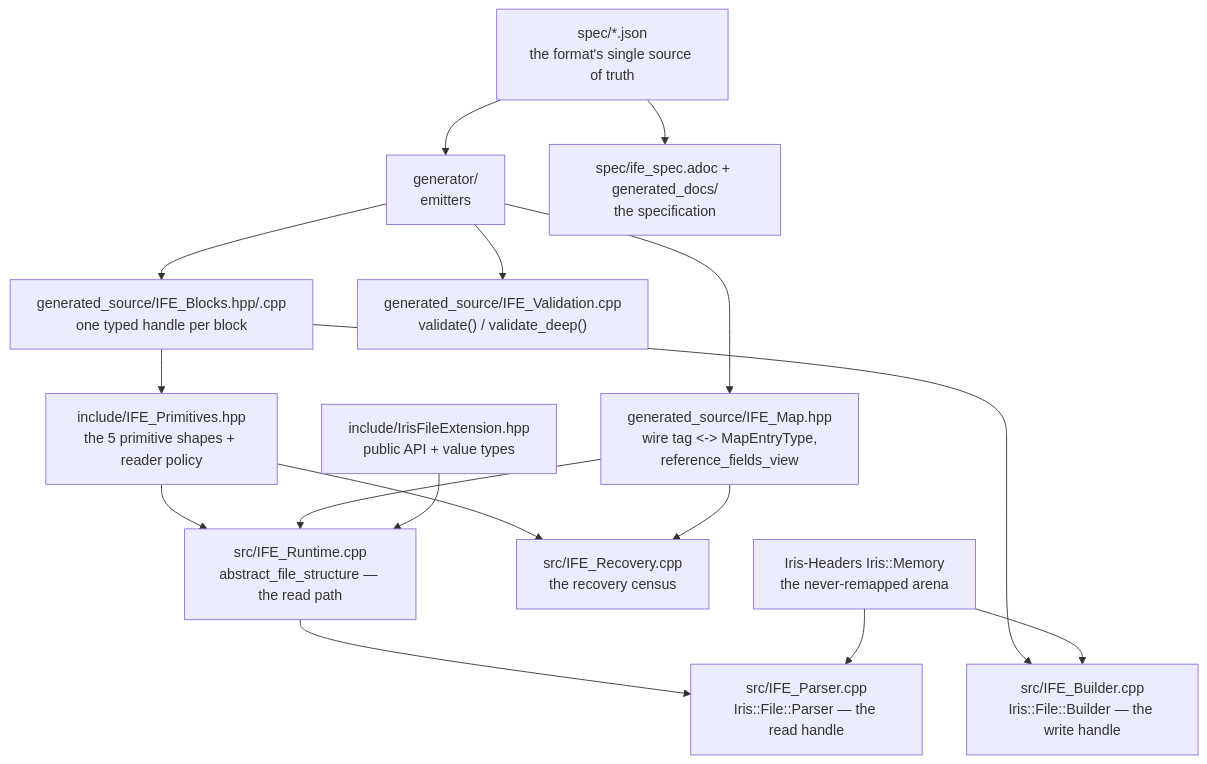
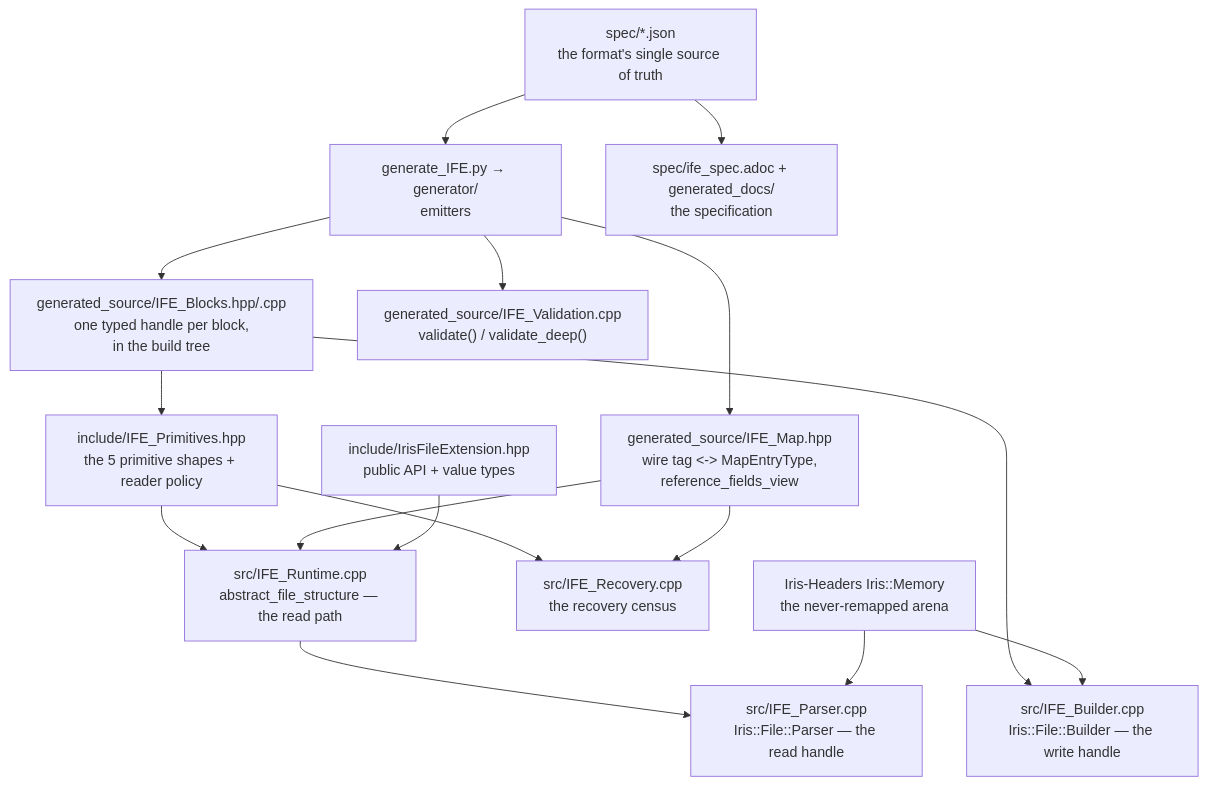
The first of 4 diagrams in development/ARCHITECTURE.md (Aptix-Bio/Iris-File-Extension), drawn with Mermaid before and after one commit. The commit also changed other lines of this file and 31 other files, not shown here.

````diff
--- a/development/ARCHITECTURE.md
+++ b/development/ARCHITECTURE.md
@@ -95,26 +95,26 @@
 ```mermaid
 flowchart TD
     J["spec/*.json<br/>the format's single source of truth"]
-    G["generator/<br/>emitters"]
-    B["generated_source/IFE_Blocks.hpp/.cpp<br/>one typed handle per block"]
+    G["generate_IFE.py → generator/<br/>emitters"]
+    B["generated_source/IFE_Blocks.hpp/.cpp<br/>one typed handle per block,<br/>in the build tree"]
     V["generated_source/IFE_Validation.cpp<br/>validate() / validate_deep()"]
     M["generated_source/IFE_Map.hpp<br/>wire tag &lt;-&gt; MapEntryType,<br/>reference_fields_view"]
     P["include/IFE_Primitives.hpp<br/>the 5 primitive shapes + reader policy"]
     T["src/IFE_Runtime.cpp<br/>abstract_file_structure — the read path"]
     R["src/IFE_Recovery.cpp<br/>the recovery census"]
     BU["src/IFE_Builder.cpp<br/>Iris::File::Builder — the write handle"]
     PA["src/IFE_Parser.cpp<br/>Iris::File::Parser — the read handle"]
     MEM["Iris-Headers Iris::Memory<br/>the never-remapped arena"]
     A["include/IrisFileExtension.hpp<br/>public API + value types"]
     D["spec/ife_spec.adoc + generated_docs/<br/>the specification"]
 
     J --> G --> B & V & M
     J --> D
     B --> P
     P --> T & R
     M --> T & R
     A --> T
     T --> PA
     B --> BU
     MEM --> BU & PA
 ```
````
